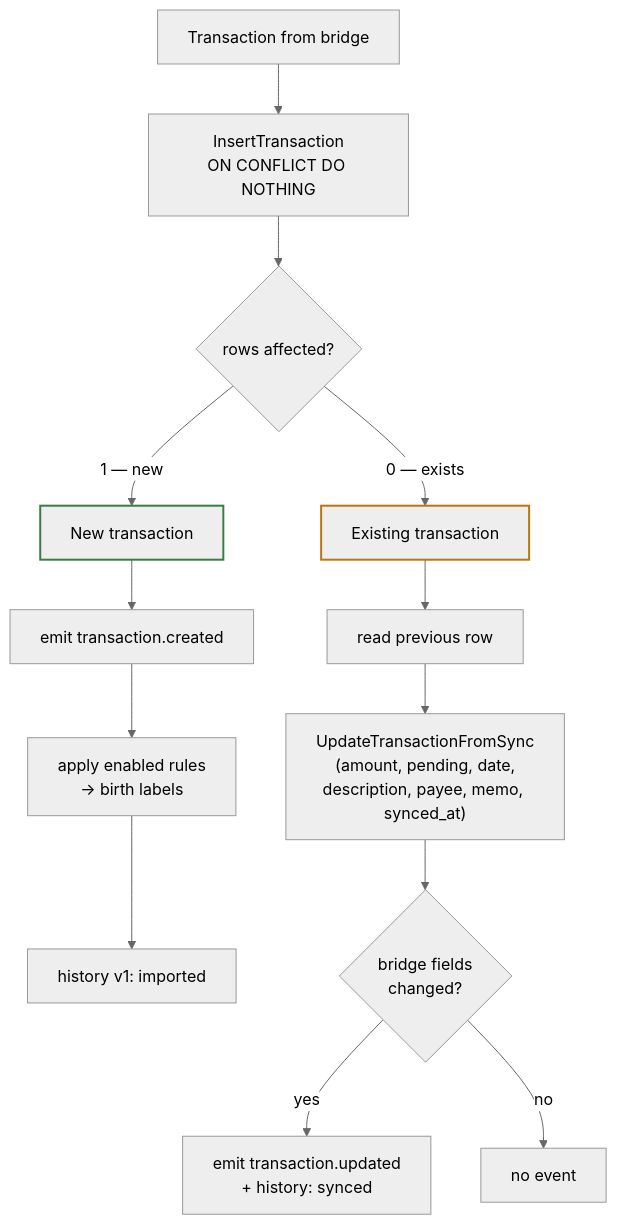
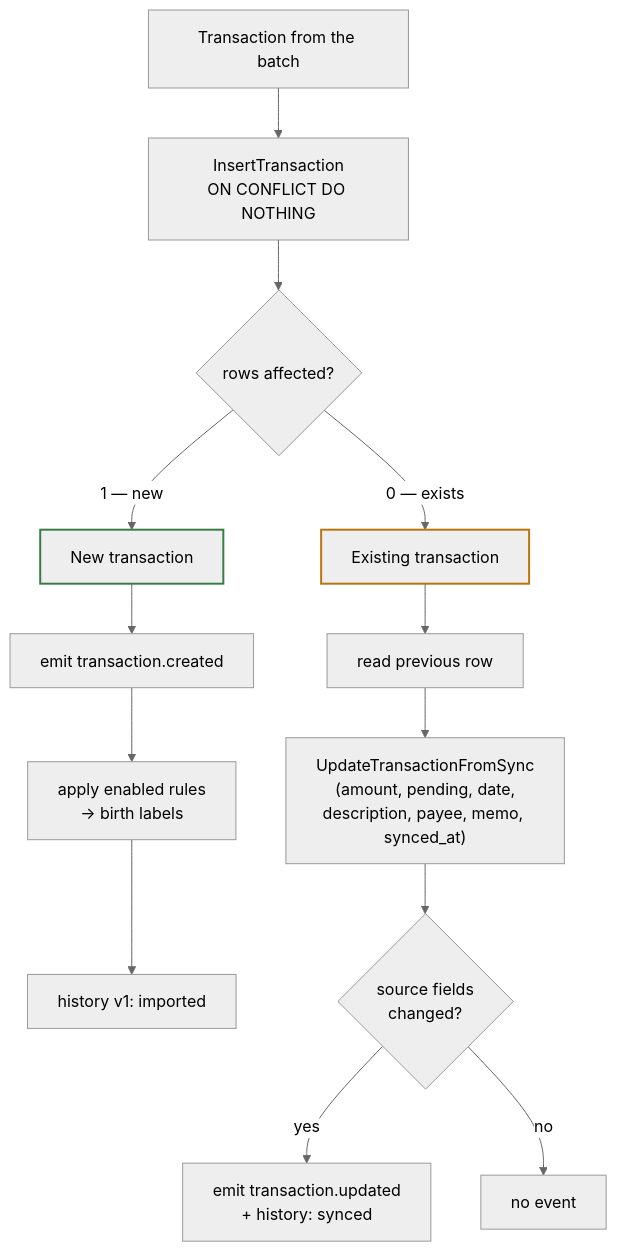
The second of 2 diagrams in docs/features/sync.md (paulmeier/kasas), drawn with Mermaid (neutral theme) before and after one commit. The commit also changed other lines of this file and 17 other files, not shown here.

````diff
--- a/docs/features/sync.md
+++ b/docs/features/sync.md
@@ -114,20 +135,20 @@
 ```mermaid
 flowchart TD
-    T[Transaction from bridge] --> INS[InsertTransaction<br/>ON CONFLICT DO NOTHING]
+    T[Transaction from the batch] --> INS[InsertTransaction<br/>ON CONFLICT DO NOTHING]
     INS --> Q{rows affected?}
     Q -->|1 — new| NEW[New transaction]
     Q -->|0 — exists| OLD[Existing transaction]
 
     NEW --> NE[emit transaction.created]
     NE --> NR[apply enabled rules<br/>→ birth labels]
     NR --> NV[history v1: imported]
 
     OLD --> GET[read previous row]
     GET --> UPD["UpdateTransactionFromSync<br/>(amount, pending, date,<br/>description, payee, memo, synced_at)"]
-    UPD --> CH{bridge fields<br/>changed?}
+    UPD --> CH{source fields<br/>changed?}
     CH -->|yes| UE[emit transaction.updated<br/>+ history: synced]
     CH -->|no| SKIP[no event]
 
     style NEW stroke:#3a7d44,stroke-width:2px
     style OLD stroke:#b9770e,stroke-width:2px
 ```
````
